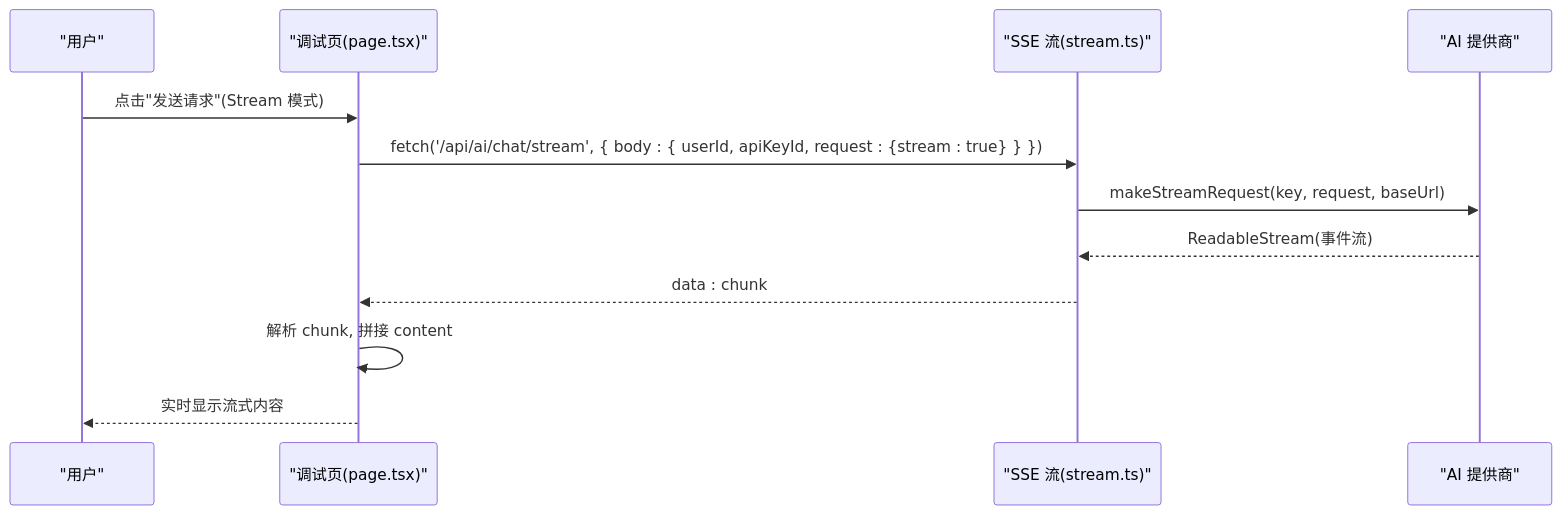
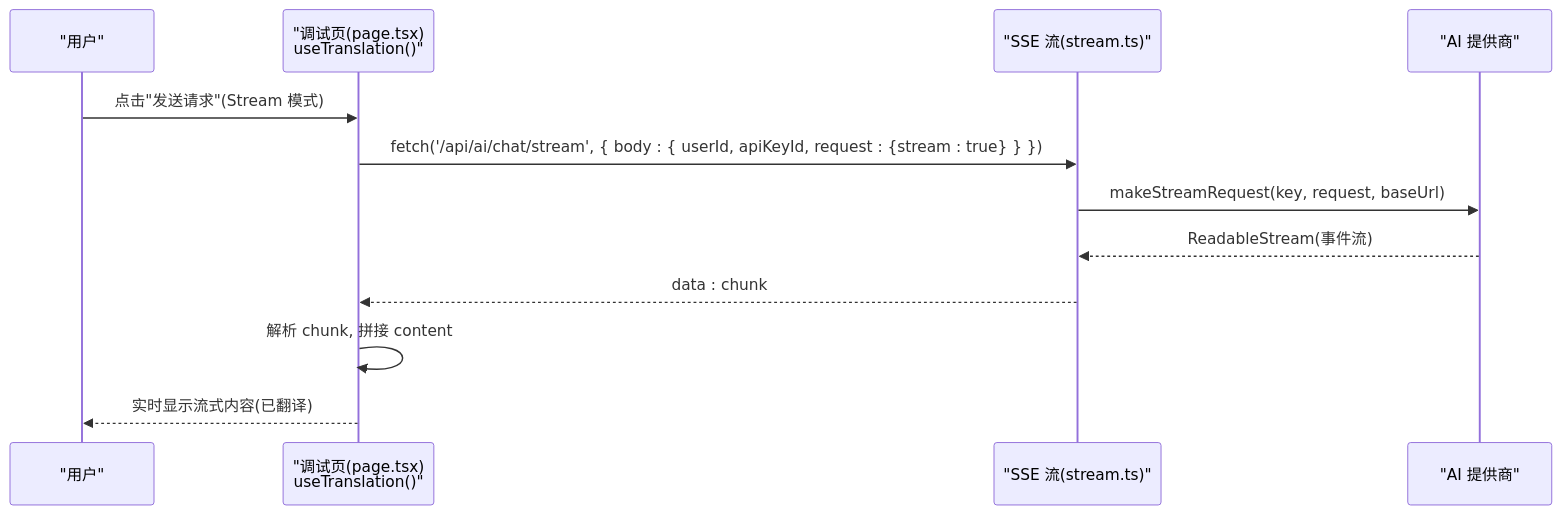
The fourth of 9 diagrams in .qoder/repowiki/zh/content/管理后台界面/接口调试工具.md (RadiumAg/AIGate), drawn with Mermaid before and after one commit. The commit also changed other lines of this file and 4 other files, not shown here.

````diff
--- a/.qoder/repowiki/zh/content/管理后台界面/接口调试工具.md
+++ b/.qoder/repowiki/zh/content/管理后台界面/接口调试工具.md
@@ -301,14 +345,14 @@
 ```mermaid
 sequenceDiagram
 participant U as "用户"
-participant P as "调试页(page.tsx)"
+participant P as "调试页(page.tsx)<br/>useTranslation()"
 participant SSE as "SSE 流(stream.ts)"
 participant Prov as "AI 提供商"
 U->>P : 点击"发送请求"(Stream 模式)
 P->>SSE : fetch('/api/ai/chat/stream', { body : { userId, apiKeyId, request : {stream : true} } })
 SSE->>Prov : makeStreamRequest(key, request, baseUrl)
 Prov-->>SSE : ReadableStream(事件流)
 SSE-->>P : data : chunk
 P->>P : 解析 chunk, 拼接 content
-P-->>U : 实时显示流式内容
+P-->>U : 实时显示流式内容(已翻译)
 ```
````
